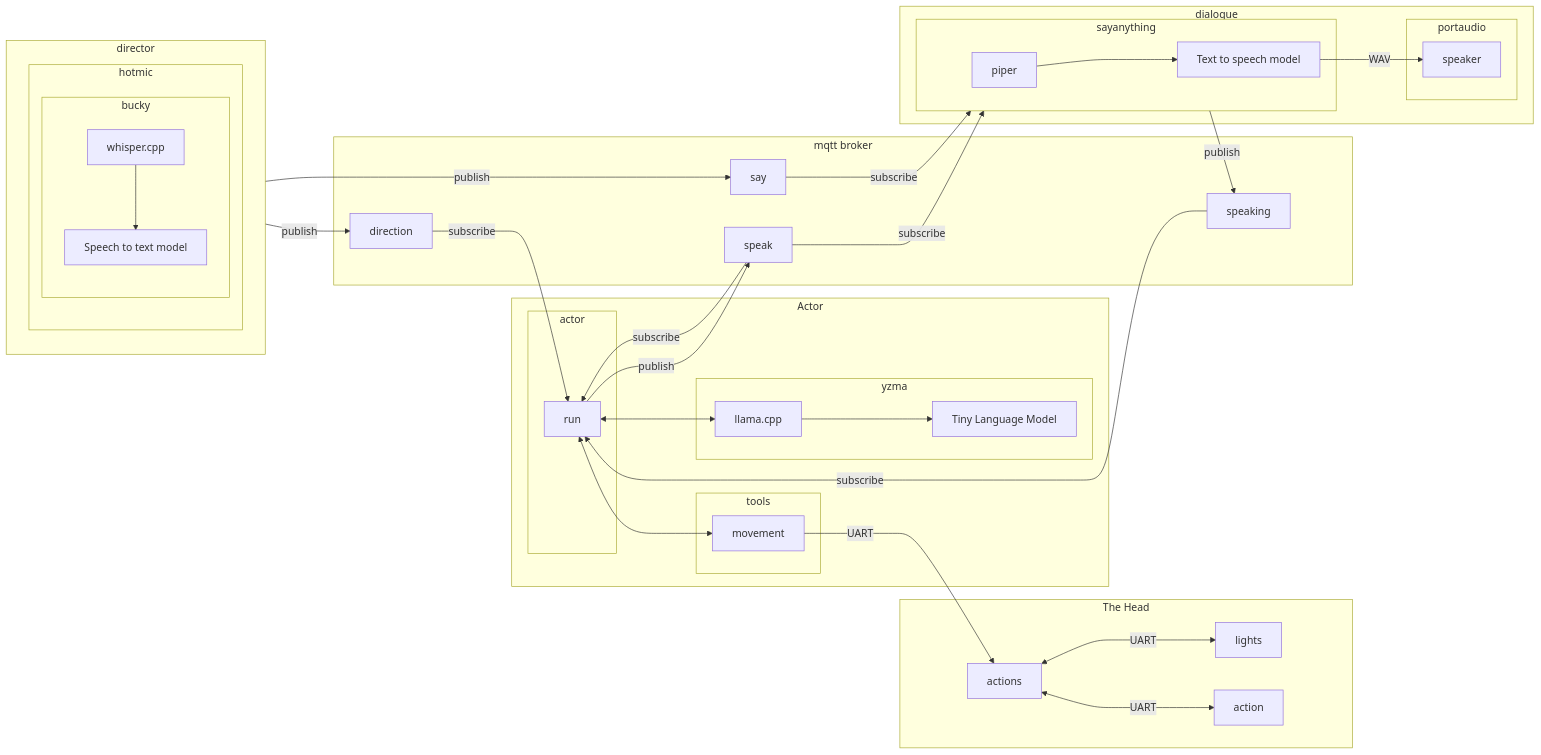
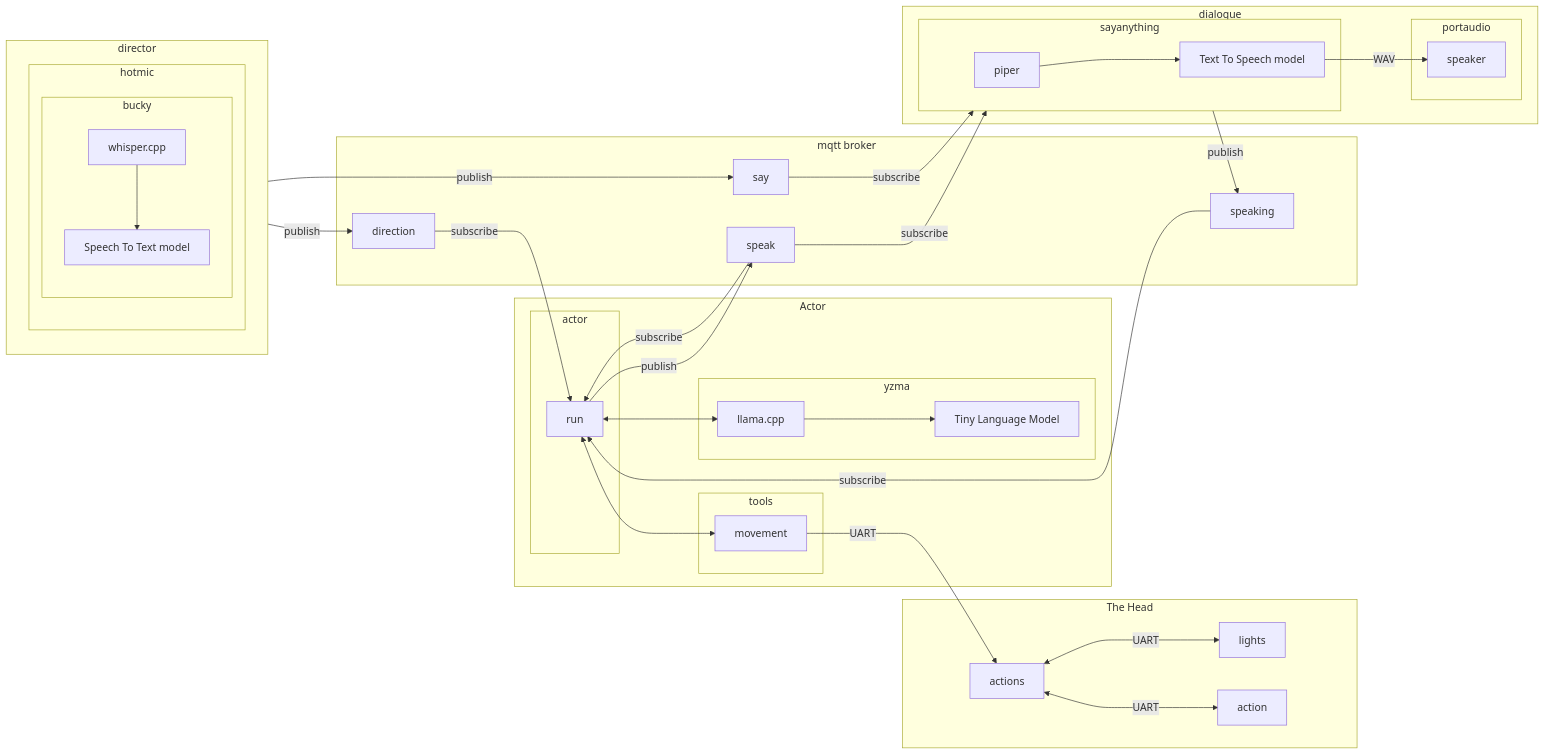
Before and after one commit to deadprogram/talkingheads: the sixth of 6 diagrams in README.md, drawn with Mermaid. The commit also changed other lines of this file and 1 other file, not shown here.

Commit message:
actor: handle another text cleanup edge case

````diff
--- a/README.md
+++ b/README.md
@@ -145,52 +145,52 @@
 ```mermaid
 flowchart LR
 subgraph The Head
     actions<-- UART -->lights
     actions<-- UART -->action
 end
 subgraph mqtt broker
     direction
     speak
     say
     speaking
 end
 subgraph Actor
     subgraph actor
         run
     end
     subgraph tools
         run<-->movement
         movement-- UART -->actions
     end
     subgraph yzma
         run<-->llama.cpp
         llama.cpp-->model[Tiny Language Model]
     end
     direction-- subscribe -->run
     run-- publish -->speak
     speak-- subscribe -->run
     speaking-- subscribe -->run
 end
 subgraph dialogue
     speak-- subscribe -->sayanything
     say-- subscribe -->sayanything
     subgraph sayanything
-        piper-->tts[Text to speech model]
+        piper-->tts[Text To Speech model]
     end
     subgraph portaudio
         tts-- WAV -->speaker
     end
     sayanything-- publish -->speaking
 end
 subgraph director
     hotmic
 end
 subgraph hotmic
     subgraph bucky
         whisper.cpp
-        whisper.cpp-->stt[Speech to text model]
+        whisper.cpp-->stt[Speech To Text model]
     end
 end
 director -- publish --> direction
 director -- publish --> say
 ```
````
